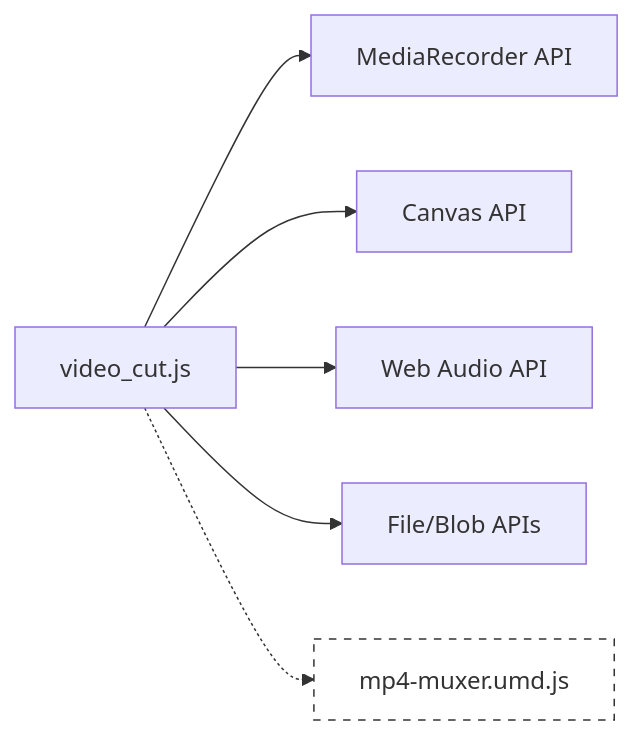
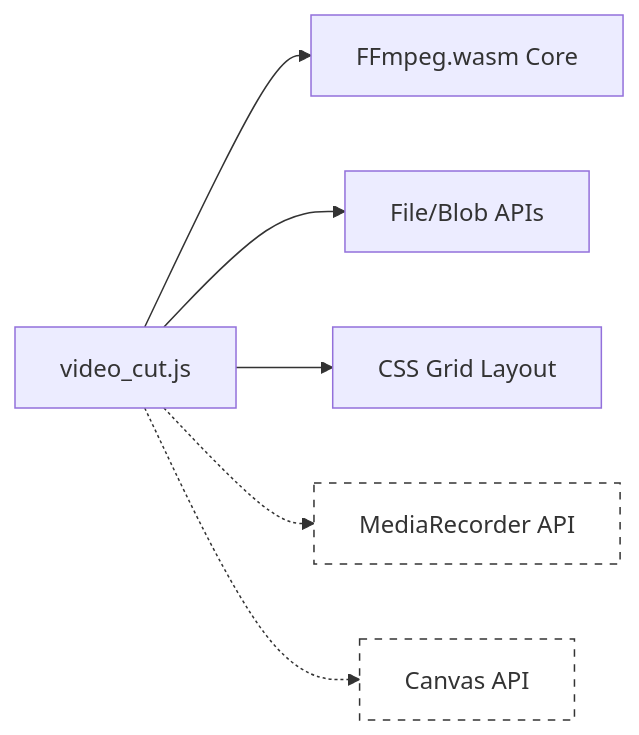
Before and after one commit to treasureGrove/TAWEBTOOL: the seventh of 7 diagrams in .qoder/repowiki/en/content/Video Processing Tools/Video Cutting and Trimming.md, drawn with Mermaid. The commit also changed other lines of this file and 101 other files, not shown here.

````diff
--- a/.qoder/repowiki/en/content/Video Processing Tools/Video Cutting and Trimming.md
+++ b/.qoder/repowiki/en/content/Video Processing Tools/Video Cutting and Trimming.md
@@ -292,9 +298,9 @@
 ```mermaid
 graph LR
-VC["video_cut.js"] --> MR["MediaRecorder API"]
-VC --> CV["Canvas API"]
-VC --> WA["Web Audio API"]
+VC["video_cut.js"] --> FFW["FFmpeg.wasm Core"]
 VC --> FL["File/Blob APIs"]
-VC -.-> MP4["mp4-muxer.umd.js"]:::unused
+VC --> CSS["CSS Grid Layout"]
+VC -.-> MR["MediaRecorder API"]:::unused
+VC -.-> CV["Canvas API"]:::unused
 classDef unused fill:#fff,stroke:#333,stroke-dasharray:5 5
 ```
````
